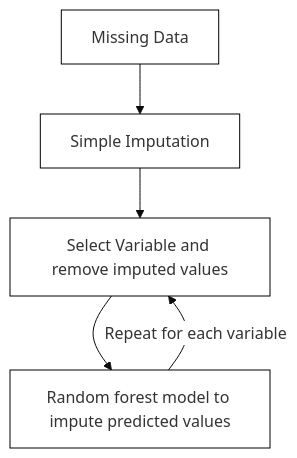
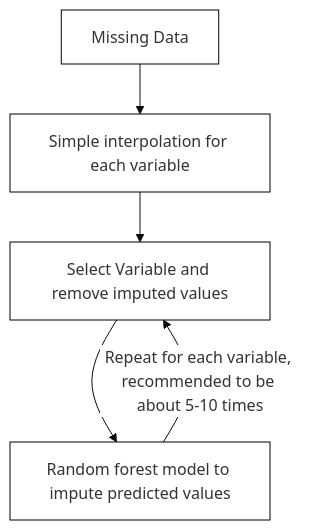
The second of 2 diagrams in src/rf_imputation_su2023.qmd (DamonCharlesRoberts/mice-imputation-psci), drawn with Mermaid before and after one commit. The commit also changed other lines of this file and 8 other files, not shown here.

````diff
--- a/src/rf_imputation_su2023.qmd
+++ b/src/rf_imputation_su2023.qmd
@@ -119,11 +122,11 @@
 ```{mermaid}
 %%| label: fig-process
 %%| fig-cap: Steps of RF-MICE procedure
 %%| fig-width: 5
 %%{init: {'theme':'base', 'themeVariables':{'primaryColor':'#ffffff', 'primaryBorderColor':'#000000'}}}%%
 graph TD;
-A[Missing Data] --> B[Simple Imputation]
+A[Missing Data] --> B[Simple interpolation for each variable]
 B --> C[Select Variable and remove imputed values]
 C --> D[Random forest model to impute predicted values]
-D --> |Repeat for each variable| C
+D --> |Repeat for each variable, recommended to be about 5-10 times| C
 ```
````
